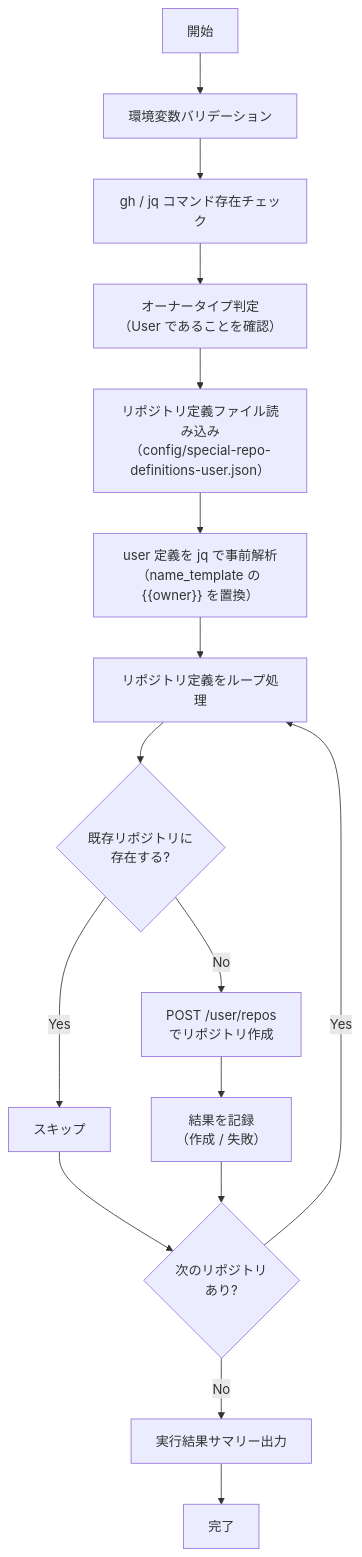
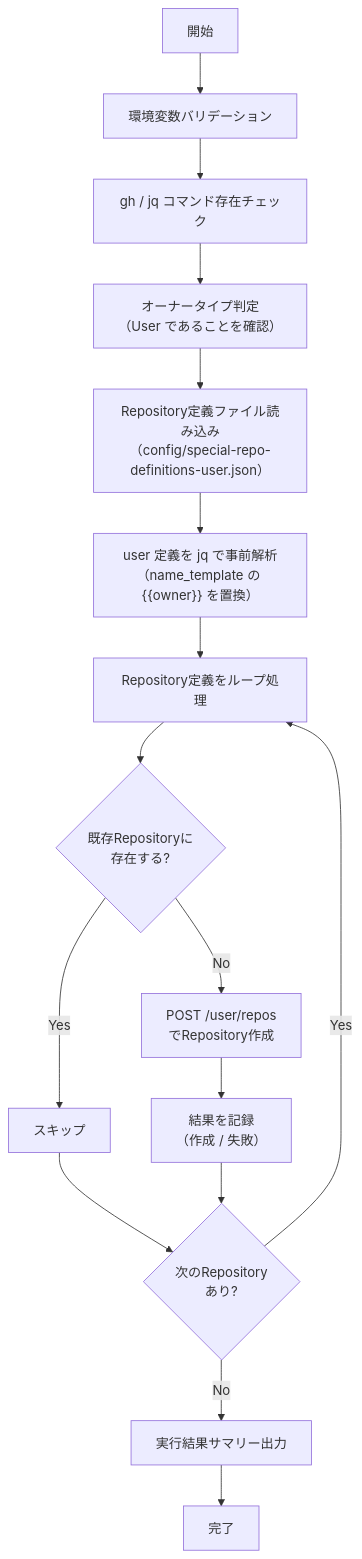
Before and after one commit to mabubu0203/github-projects-starter-kit: the diagram in docs/scripts/create-special-repos-user.md, drawn with Mermaid. The commit also changed other lines of this file and 7 other files, not shown here.

````diff
--- a/docs/scripts/create-special-repos-user.md
+++ b/docs/scripts/create-special-repos-user.md
@@ -68,20 +68,20 @@
 ```mermaid
 flowchart TD
     A["開始"] --> B["環境変数バリデーション"]
     B --> C["gh / jq コマンド存在チェック"]
     C --> D["オーナータイプ判定\n（User であることを確認）"]
-    D --> E["リポジトリ定義ファイル読み込み\n（config/special-repo-definitions-user.json）"]
+    D --> E["Repository定義ファイル読み込み\n（config/special-repo-definitions-user.json）"]
     E --> F["user 定義を jq で事前解析\n（name_template の {{owner}} を置換）"]
-    F --> G["リポジトリ定義をループ処理"]
+    F --> G["Repository定義をループ処理"]
 
-    G --> H{"既存リポジトリに\n存在する?"}
+    G --> H{"既存Repositoryに\n存在する?"}
     H -- "Yes" --> I["スキップ"]
-    H -- "No" --> J["POST /user/repos\nでリポジトリ作成"]
+    H -- "No" --> J["POST /user/repos\nでRepository作成"]
 
     J --> K["結果を記録\n（作成 / 失敗）"]
 
-    I & K --> L{"次のリポジトリ\nあり?"}
+    I & K --> L{"次のRepository\nあり?"}
     L -- "Yes" --> G
     L -- "No" --> M["実行結果サマリー出力"]
     M --> N["完了"]
 ```
````
